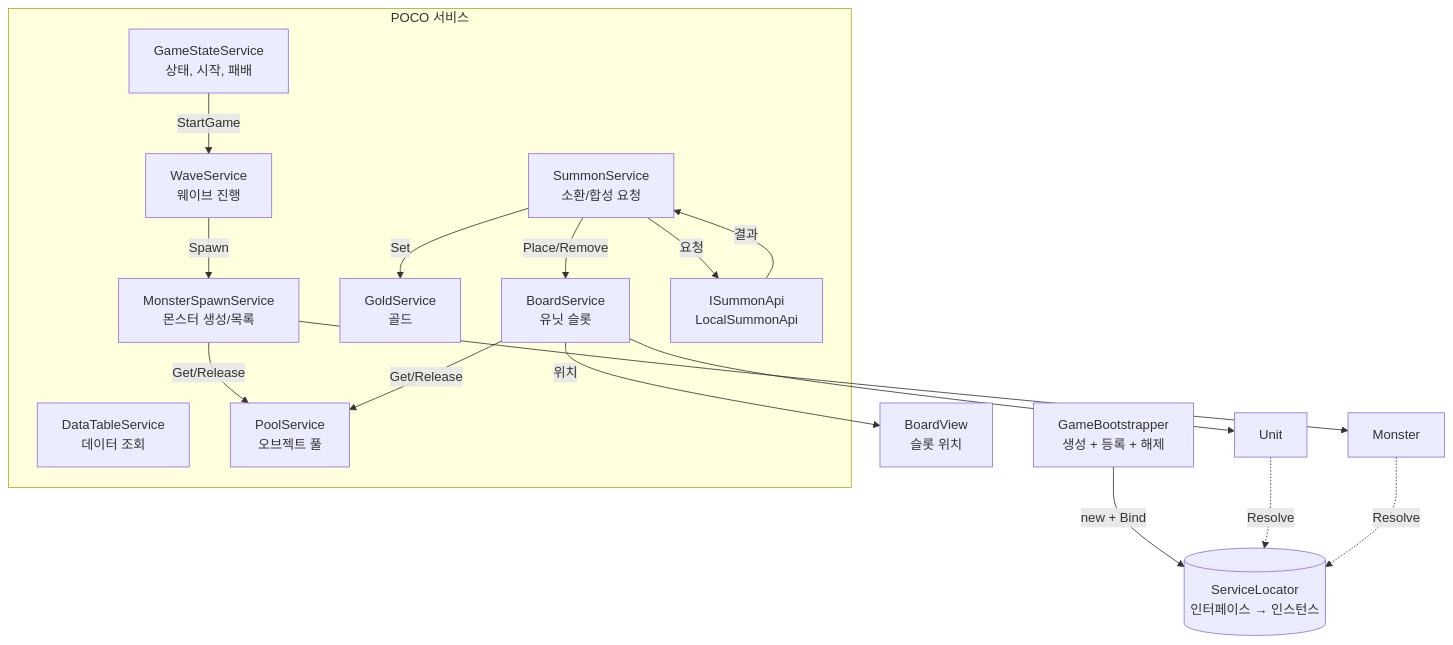
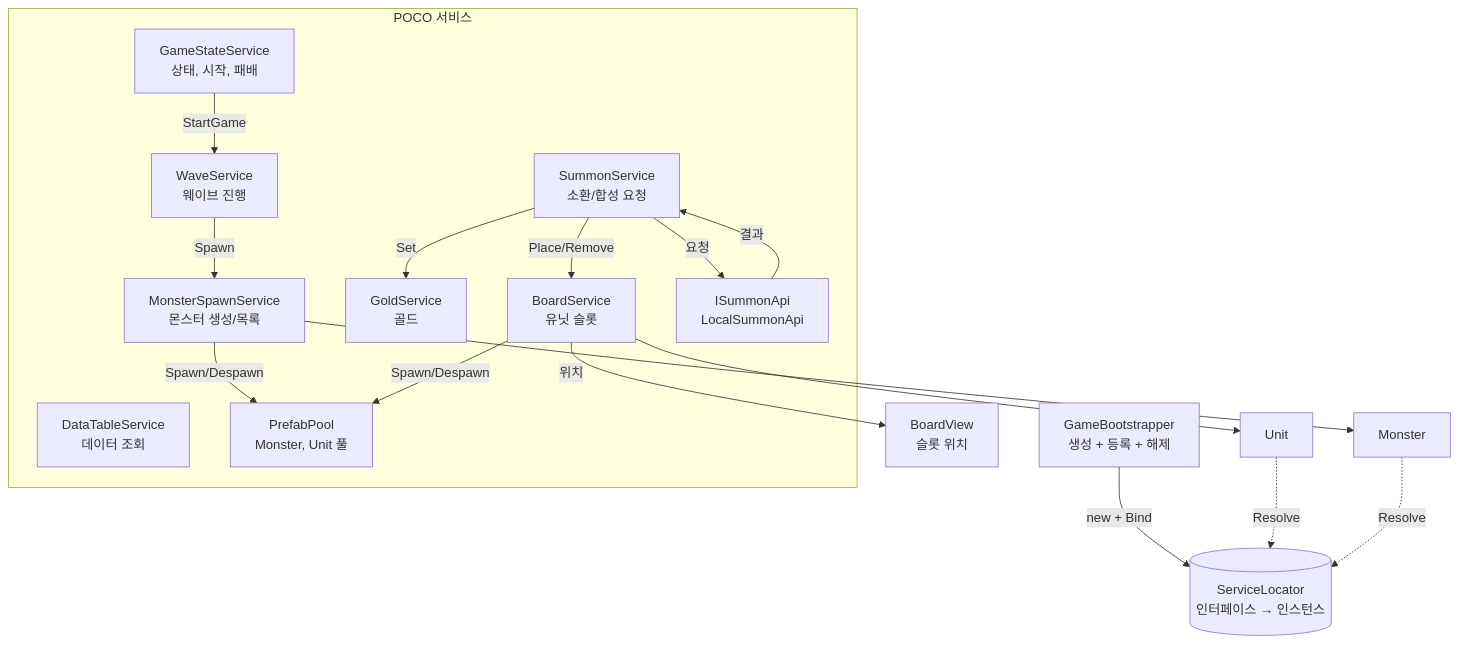
Before and after one commit to UihwanLee/CasualGameProject: the first of 4 diagrams in Docs/Design/02_클라이언트_아키텍처.md, drawn with Mermaid. The commit also changed other lines of this file and 1 other file, not shown here.

````diff
--- a/Docs/Design/02_클라이언트_아키텍처.md
+++ b/Docs/Design/02_클라이언트_아키텍처.md
@@ -10,36 +10,36 @@
 ```mermaid
 flowchart TB
     Boot[GameBootstrapper<br/>생성 + 등록 + 해제]
     Locator[(ServiceLocator<br/>인터페이스 → 인스턴스)]
 
     subgraph Service[POCO 서비스]
         GS[GameStateService<br/>상태, 시작, 패배]
         DT[DataTableService<br/>데이터 조회]
-        Pool[PoolService<br/>오브젝트 풀]
+        Pool[PrefabPool<br/>Monster, Unit 풀]
         Wave[WaveService<br/>웨이브 진행]
         MS[MonsterSpawnService<br/>몬스터 생성/목록]
         Gold[GoldService<br/>골드]
         Board[BoardService<br/>유닛 슬롯]
         Sum[SummonService<br/>소환/합성 요청]
         Api[ISummonApi<br/>LocalSummonApi]
     end
 
     BoardView[BoardView<br/>슬롯 위치]
     Monster[Monster]
     Unit[Unit]
 
     Boot -->|new + Bind| Locator
     GS -->|StartGame| Wave
     Wave -->|Spawn| MS
-    MS -->|Get/Release| Pool
+    MS -->|Spawn/Despawn| Pool
     MS --> Monster
     Sum -->|요청| Api
     Api -->|결과| Sum
     Sum -->|Place/Remove| Board
     Sum -->|Set| Gold
-    Board -->|Get/Release| Pool
+    Board -->|Spawn/Despawn| Pool
     Board -->|위치| BoardView
     Board --> Unit
     Unit -.->|Resolve| Locator
     Monster -.->|Resolve| Locator
 ```
````
